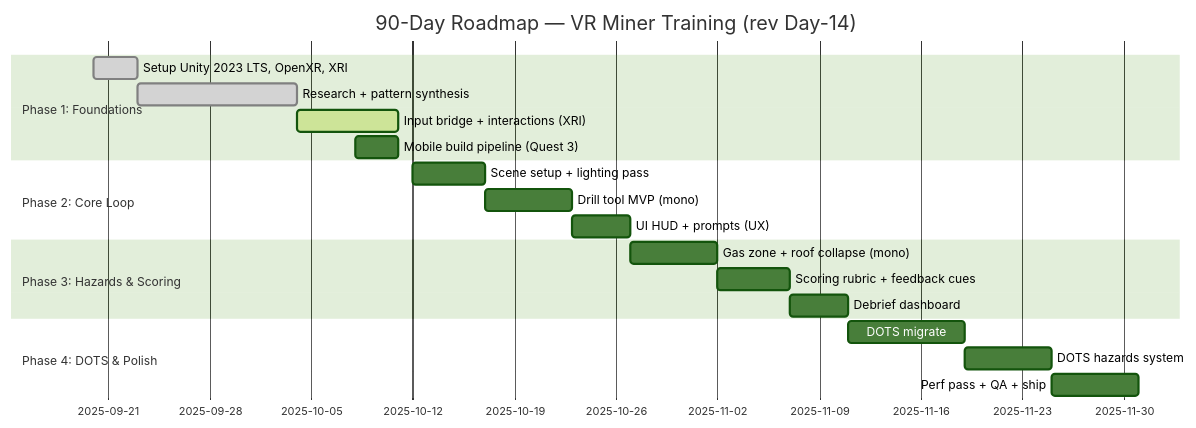
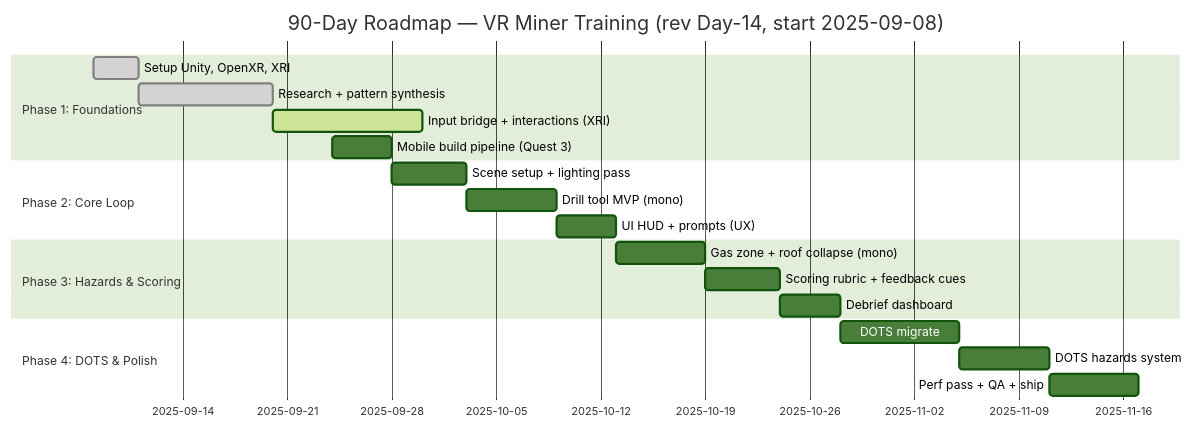
One commit to thatGuyPdeep/quartz changed the diagram in docs/90_Roadmap_Updates/90_Day_VR_Miner_Roadmap.md. Above: the diagram before and after it, drawn with Mermaid (forest theme). The commit also changed other lines of this file, not shown here.

Commit message:
docs(roadmap): align to real start (Sep 8); add Day-14 progress; shift Gantt and dated milestones

````diff
--- a/docs/90_Roadmap_Updates/90_Day_VR_Miner_Roadmap.md
+++ b/docs/90_Roadmap_Updates/90_Day_VR_Miner_Roadmap.md
@@ -40,22 +44,22 @@
 ```mermaid
 gantt
   dateFormat  YYYY-MM-DD
-  title 90-Day Roadmap — VR Miner Training (rev Day-14)
+  title 90-Day Roadmap — VR Miner Training (rev Day-14, start 2025-09-08)
   section Phase 1: Foundations
-  Setup Unity 2023 LTS, OpenXR, XRI     :done,    p1a, 2025-09-20, 3d
-  Research + pattern synthesis          :done,    p1b, 2025-09-23, 11d
-  Input bridge + interactions (XRI)     :active,  p1c, 2025-10-04, 7d
-  Mobile build pipeline (Quest 3)       :         p1d, 2025-10-08, 3d
+  Setup Unity, OpenXR, XRI                 :done,    p1a, 2025-09-08, 3d
+  Research + pattern synthesis             :done,    p1b, 2025-09-11, 9d
+  Input bridge + interactions (XRI)        :active,  p1c, 2025-09-20, 10d
+  Mobile build pipeline (Quest 3)          :         p1d, 2025-09-24, 4d
   section Phase 2: Core Loop
-  Scene setup + lighting pass           :         p2a, 2025-10-12, 5d
-  Drill tool MVP (mono)                 :         p2b, 2025-10-17, 6d
-  UI HUD + prompts (UX)                 :         p2c, 2025-10-23, 4d
+  Scene setup + lighting pass              :         p2a, 2025-09-28, 5d
+  Drill tool MVP (mono)                    :         p2b, 2025-10-03, 6d
+  UI HUD + prompts (UX)                    :         p2c, 2025-10-09, 4d
   section Phase 3: Hazards & Scoring
-  Gas zone + roof collapse (mono)       :         p3a, 2025-10-27, 6d
-  Scoring rubric + feedback cues        :         p3b, 2025-11-02, 5d
-  Debrief dashboard                     :         p3c, 2025-11-07, 4d
+  Gas zone + roof collapse (mono)          :         p3a, 2025-10-13, 6d
+  Scoring rubric + feedback cues           :         p3b, 2025-10-19, 5d
+  Debrief dashboard                        :         p3c, 2025-10-24, 4d
   section Phase 4: DOTS & Polish
-  DOTS migrate: drill + spawner         :         p4a, 2025-11-11, 8d
-  DOTS hazards system                   :         p4b, 2025-11-19, 6d
-  Perf pass + QA + ship                 :         p4c, 2025-11-25, 6d
+  DOTS migrate: drill + spawner            :         p4a, 2025-10-28, 8d
+  DOTS hazards system                      :         p4b, 2025-11-05, 6d
+  Perf pass + QA + ship                    :         p4c, 2025-11-11, 6d
 ```
````
